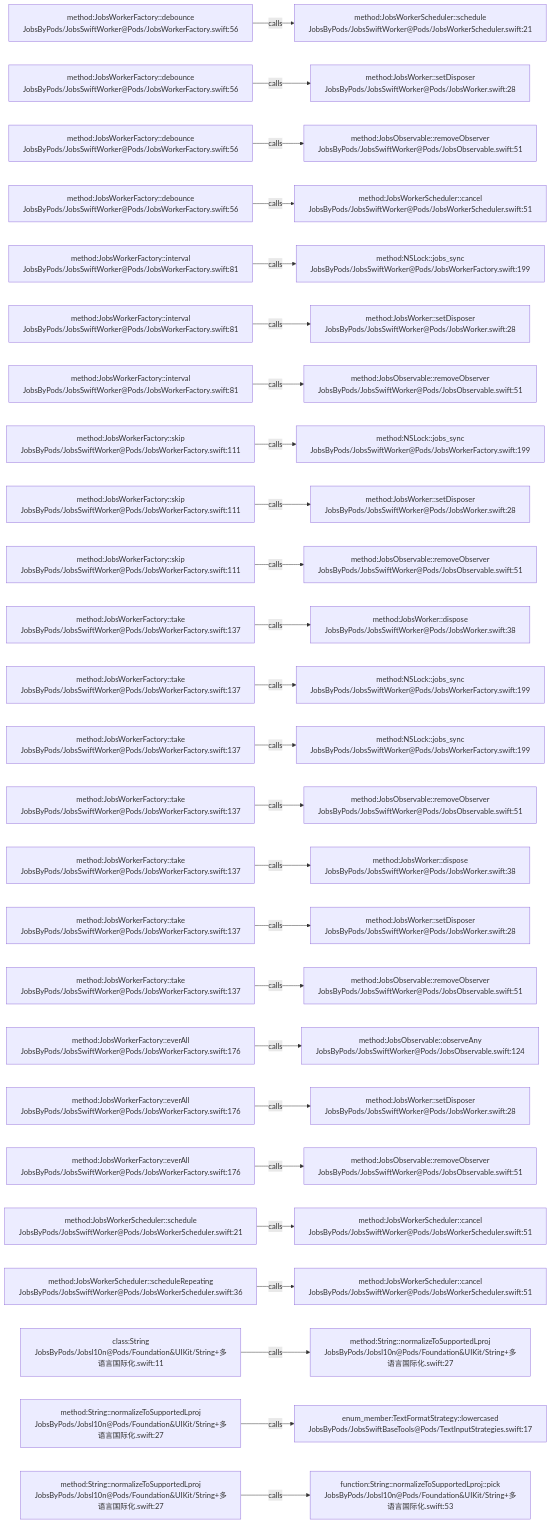
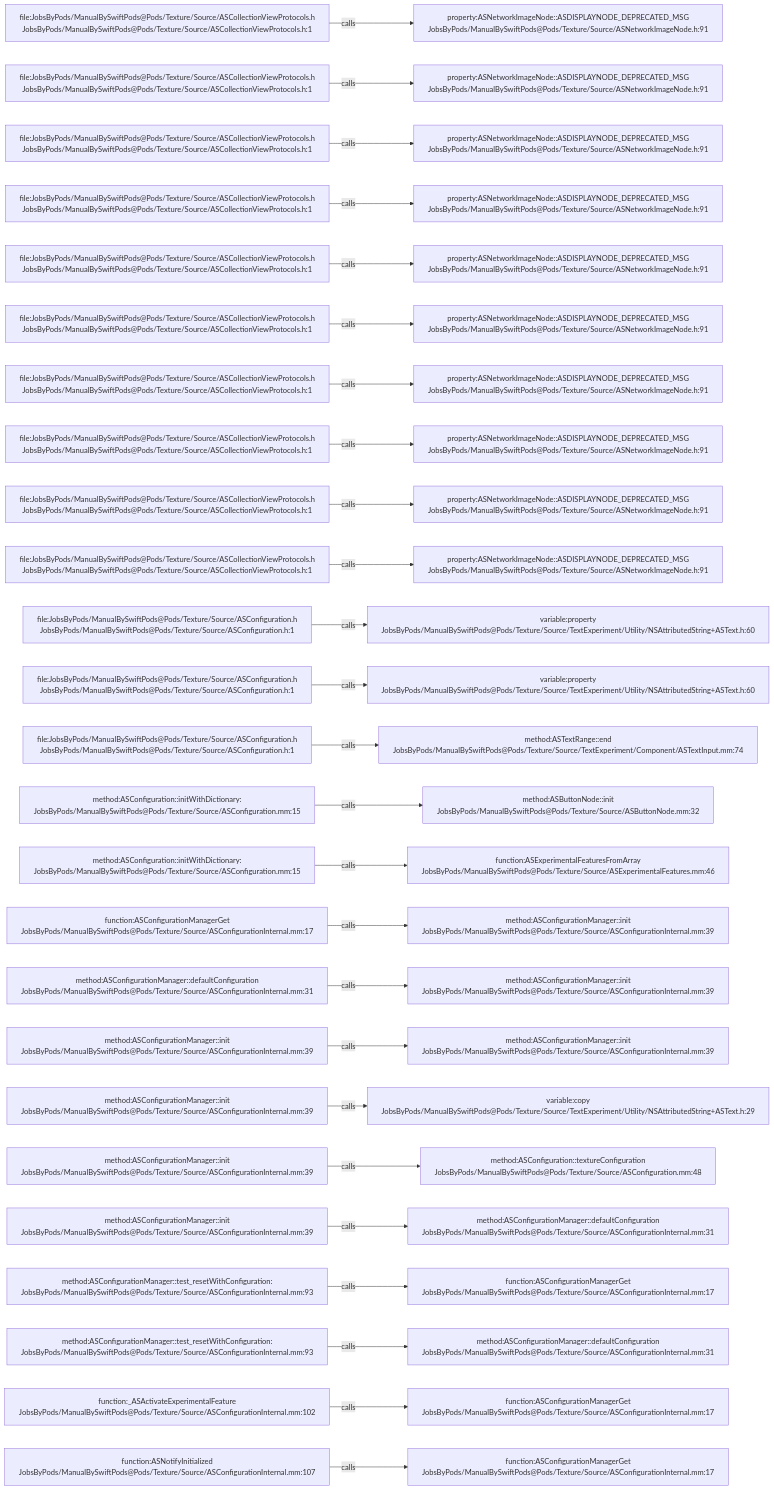
The diagram in .codegraph/codegraph.md/graphs/calls-016.md (JobsKits/JobsSwiftBaseConfigDemo), drawn with Mermaid before and after one commit. The commit also changed 832 other files, not shown here.

````diff
--- a/.codegraph/codegraph.md/graphs/calls-016.md
+++ b/.codegraph/codegraph.md/graphs/calls-016.md
@@ -13,78 +13,78 @@
 ```mermaid
 flowchart LR
-  S1["method:JobsWorkerFactory::debounce<br/>JobsByPods/JobsSwiftWorker@Pods/JobsWorkerFactory.swift:56"]
-  T1["method:JobsWorkerScheduler::schedule<br/>JobsByPods/JobsSwiftWorker@Pods/JobsWorkerScheduler.swift:21"]
+  S1["file:JobsByPods/ManualBySwiftPods@Pods/Texture/Source/ASCollectionViewProtocols.h<br/>JobsByPods/ManualBySwiftPods@Pods/Texture/Source/ASCollectionViewProtocols.h:1"]
+  T1["property:ASNetworkImageNode::ASDISPLAYNODE_DEPRECATED_MSG<br/>JobsByPods/ManualBySwiftPods@Pods/Texture/Source/ASNetworkImageNode.h:91"]
   S1 -->|calls| T1
-  S2["method:JobsWorkerFactory::debounce<br/>JobsByPods/JobsSwiftWorker@Pods/JobsWorkerFactory.swift:56"]
-  T2["method:JobsWorker::setDisposer<br/>JobsByPods/JobsSwiftWorker@Pods/JobsWorker.swift:28"]
+  S2["file:JobsByPods/ManualBySwiftPods@Pods/Texture/Source/ASCollectionViewProtocols.h<br/>JobsByPods/ManualBySwiftPods@Pods/Texture/Source/ASCollectionViewProtocols.h:1"]
+  T2["property:ASNetworkImageNode::ASDISPLAYNODE_DEPRECATED_MSG<br/>JobsByPods/ManualBySwiftPods@Pods/Texture/Source/ASNetworkImageNode.h:91"]
   S2 -->|calls| T2
-  S3["method:JobsWorkerFactory::debounce<br/>JobsByPods/JobsSwiftWorker@Pods/JobsWorkerFactory.swift:56"]
-  T3["method:JobsObservable::removeObserver<br/>JobsByPods/JobsSwiftWorker@Pods/JobsObservable.swift:51"]
+  S3["file:JobsByPods/ManualBySwiftPods@Pods/Texture/Source/ASCollectionViewProtocols.h<br/>JobsByPods/ManualBySwiftPods@Pods/Texture/Source/ASCollectionViewProtocols.h:1"]
+  T3["property:ASNetworkImageNode::ASDISPLAYNODE_DEPRECATED_MSG<br/>JobsByPods/ManualBySwiftPods@Pods/Texture/Source/ASNetworkImageNode.h:91"]
   S3 -->|calls| T3
-  S4["method:JobsWorkerFactory::debounce<br/>JobsByPods/JobsSwiftWorker@Pods/JobsWorkerFactory.swift:56"]
-  T4["method:JobsWorkerScheduler::cancel<br/>JobsByPods/JobsSwiftWorker@Pods/JobsWorkerScheduler.swift:51"]
+  S4["file:JobsByPods/ManualBySwiftPods@Pods/Texture/Source/ASCollectionViewProtocols.h<br/>JobsByPods/ManualBySwiftPods@Pods/Texture/Source/ASCollectionViewProtocols.h:1"]
+  T4["property:ASNetworkImageNode::ASDISPLAYNODE_DEPRECATED_MSG<br/>JobsByPods/ManualBySwiftPods@Pods/Texture/Source/ASNetworkImageNode.h:91"]
   S4 -->|calls| T4
-  S5["method:JobsWorkerFactory::interval<br/>JobsByPods/JobsSwiftWorker@Pods/JobsWorkerFactory.swift:81"]
-  T5["method:NSLock::jobs_sync<br/>JobsByPods/JobsSwiftWorker@Pods/JobsWorkerFactory.swift:199"]
+  S5["file:JobsByPods/ManualBySwiftPods@Pods/Texture/Source/ASCollectionViewProtocols.h<br/>JobsByPods/ManualBySwiftPods@Pods/Texture/Source/ASCollectionViewProtocols.h:1"]
+  T5["property:ASNetworkImageNode::ASDISPLAYNODE_DEPRECATED_MSG<br/>JobsByPods/ManualBySwiftPods@Pods/Texture/Source/ASNetworkImageNode.h:91"]
   S5 -->|calls| T5
-  S6["method:JobsWorkerFactory::interval<br/>JobsByPods/JobsSwiftWorker@Pods/JobsWorkerFactory.swift:81"]
-  T6["method:JobsWorker::setDisposer<br/>JobsByPods/JobsSwiftWorker@Pods/JobsWorker.swift:28"]
+  S6["file:JobsByPods/ManualBySwiftPods@Pods/Texture/Source/ASCollectionViewProtocols.h<br/>JobsByPods/ManualBySwiftPods@Pods/Texture/Source/ASCollectionViewProtocols.h:1"]
+  T6["property:ASNetworkImageNode::ASDISPLAYNODE_DEPRECATED_MSG<br/>JobsByPods/ManualBySwiftPods@Pods/Texture/Source/ASNetworkImageNode.h:91"]
   S6 -->|calls| T6
-  S7["method:JobsWorkerFactory::interval<br/>JobsByPods/JobsSwiftWorker@Pods/JobsWorkerFactory.swift:81"]
-  T7["method:JobsObservable::removeObserver<br/>JobsByPods/JobsSwiftWorker@Pods/JobsObservable.swift:51"]
+  S7["file:JobsByPods/ManualBySwiftPods@Pods/Texture/Source/ASCollectionViewProtocols.h<br/>JobsByPods/ManualBySwiftPods@Pods/Texture/Source/ASCollectionViewProtocols.h:1"]
+  T7["property:ASNetworkImageNode::ASDISPLAYNODE_DEPRECATED_MSG<br/>JobsByPods/ManualBySwiftPods@Pods/Texture/Source/ASNetworkImageNode.h:91"]
   S7 -->|calls| T7
-  S8["method:JobsWorkerFactory::skip<br/>JobsByPods/JobsSwiftWorker@Pods/JobsWorkerFactory.swift:111"]
-  T8["method:NSLock::jobs_sync<br/>JobsByPods/JobsSwiftWorker@Pods/JobsWorkerFactory.swift:199"]
+  S8["file:JobsByPods/ManualBySwiftPods@Pods/Texture/Source/ASCollectionViewProtocols.h<br/>JobsByPods/ManualBySwiftPods@Pods/Texture/Source/ASCollectionViewProtocols.h:1"]
+  T8["property:ASNetworkImageNode::ASDISPLAYNODE_DEPRECATED_MSG<br/>JobsByPods/ManualBySwiftPods@Pods/Texture/Source/ASNetworkImageNode.h:91"]
   S8 -->|calls| T8
-  S9["method:JobsWorkerFactory::skip<br/>JobsByPods/JobsSwiftWorker@Pods/JobsWorkerFactory.swift:111"]
-  T9["method:JobsWorker::setDisposer<br/>JobsByPods/JobsSwiftWorker@Pods/JobsWorker.swift:28"]
+  S9["file:JobsByPods/ManualBySwiftPods@Pods/Texture/Source/ASCollectionViewProtocols.h<br/>JobsByPods/ManualBySwiftPods@Pods/Texture/Source/ASCollectionViewProtocols.h:1"]
+  T9["property:ASNetworkImageNode::ASDISPLAYNODE_DEPRECATED_MSG<br/>JobsByPods/ManualBySwiftPods@Pods/Texture/Source/ASNetworkImageNode.h:91"]
   S9 -->|calls| T9
-  S10["method:JobsWorkerFactory::skip<br/>JobsByPods/JobsSwiftWorker@Pods/JobsWorkerFactory.swift:111"]
-  T10["method:JobsObservable::removeObserver<br/>JobsByPods/JobsSwiftWorker@Pods/JobsObservable.swift:51"]
+  S10["file:JobsByPods/ManualBySwiftPods@Pods/Texture/Source/ASCollectionViewProtocols.h<br/>JobsByPods/ManualBySwiftPods@Pods/Texture/Source/ASCollectionViewProtocols.h:1"]
+  T10["property:ASNetworkImageNode::ASDISPLAYNODE_DEPRECATED_MSG<br/>JobsByPods/ManualBySwiftPods@Pods/Texture/Source/ASNetworkImageNode.h:91"]
   S10 -->|calls| T10
-  S11["method:JobsWorkerFactory::take<br/>JobsByPods/JobsSwiftWorker@Pods/JobsWorkerFactory.swift:137"]
-  T11["method:JobsWorker::dispose<br/>JobsByPods/JobsSwiftWorker@Pods/JobsWorker.swift:38"]
+  S11["file:JobsByPods/ManualBySwiftPods@Pods/Texture/Source/ASConfiguration.h<br/>JobsByPods/ManualBySwiftPods@Pods/Texture/Source/ASConfiguration.h:1"]
+  T11["variable:property<br/>JobsByPods/ManualBySwiftPods@Pods/Texture/Source/TextExperiment/Utility/NSAttributedString+ASText.h:60"]
   S11 -->|calls| T11
-  S12["method:JobsWorkerFactory::take<br/>JobsByPods/JobsSwiftWorker@Pods/JobsWorkerFactory.swift:137"]
-  T12["method:NSLock::jobs_sync<br/>JobsByPods/JobsSwiftWorker@Pods/JobsWorkerFactory.swift:199"]
+  S12["file:JobsByPods/ManualBySwiftPods@Pods/Texture/Source/ASConfiguration.h<br/>JobsByPods/ManualBySwiftPods@Pods/Texture/Source/ASConfiguration.h:1"]
+  T12["variable:property<br/>JobsByPods/ManualBySwiftPods@Pods/Texture/Source/TextExperiment/Utility/NSAttributedString+ASText.h:60"]
   S12 -->|calls| T12
-  S13["method:JobsWorkerFactory::take<br/>JobsByPods/JobsSwiftWorker@Pods/JobsWorkerFactory.swift:137"]
-  T13["method:NSLock::jobs_sync<br/>JobsByPods/JobsSwiftWorker@Pods/JobsWorkerFactory.swift:199"]
+  S13["file:JobsByPods/ManualBySwiftPods@Pods/Texture/Source/ASConfiguration.h<br/>JobsByPods/ManualBySwiftPods@Pods/Texture/Source/ASConfiguration.h:1"]
+  T13["method:ASTextRange::end<br/>JobsByPods/ManualBySwiftPods@Pods/Texture/Source/TextExperiment/Component/ASTextInput.mm:74"]
   S13 -->|calls| T13
-  S14["method:JobsWorkerFactory::take<br/>JobsByPods/JobsSwiftWorker@Pods/JobsWorkerFactory.swift:137"]
-  T14["method:JobsObservable::removeObserver<br/>JobsByPods/JobsSwiftWorker@Pods/JobsObservable.swift:51"]
+  S14["method:ASConfiguration::initWithDictionary:<br/>JobsByPods/ManualBySwiftPods@Pods/Texture/Source/ASConfiguration.mm:15"]
+  T14["method:ASButtonNode::init<br/>JobsByPods/ManualBySwiftPods@Pods/Texture/Source/ASButtonNode.mm:32"]
   S14 -->|calls| T14
-  S15["method:JobsWorkerFactory::take<br/>JobsByPods/JobsSwiftWorker@Pods/JobsWorkerFactory.swift:137"]
-  T15["method:JobsWorker::dispose<br/>JobsByPods/JobsSwiftWorker@Pods/JobsWorker.swift:38"]
+  S15["method:ASConfiguration::initWithDictionary:<br/>JobsByPods/ManualBySwiftPods@Pods/Texture/Source/ASConfiguration.mm:15"]
+  T15["function:ASExperimentalFeaturesFromArray<br/>JobsByPods/ManualBySwiftPods@Pods/Texture/Source/ASExperimentalFeatures.mm:46"]
   S15 -->|calls| T15
-  S16["method:JobsWorkerFactory::take<br/>JobsByPods/JobsSwiftWorker@Pods/JobsWorkerFactory.swift:137"]
-  T16["method:JobsWorker::setDisposer<br/>JobsByPods/JobsSwiftWorker@Pods/JobsWorker.swift:28"]
+  S16["function:ASConfigurationManagerGet<br/>JobsByPods/ManualBySwiftPods@Pods/Texture/Source/ASConfigurationInternal.mm:17"]
+  T16["method:ASConfigurationManager::init<br/>JobsByPods/ManualBySwiftPods@Pods/Texture/Source/ASConfigurationInternal.mm:39"]
   S16 -->|calls| T16
-  S17["method:JobsWorkerFactory::take<br/>JobsByPods/JobsSwiftWorker@Pods/JobsWorkerFactory.swift:137"]
-  T17["method:JobsObservable::removeObserver<br/>JobsByPods/JobsSwiftWorker@Pods/JobsObservable.swift:51"]
+  S17["method:ASConfigurationManager::defaultConfiguration<br/>JobsByPods/ManualBySwiftPods@Pods/Texture/Source/ASConfigurationInternal.mm:31"]
+  T17["method:ASConfigurationManager::init<br/>JobsByPods/ManualBySwiftPods@Pods/Texture/Source/ASConfigurationInternal.mm:39"]
   S17 -->|calls| T17
-  S18["method:JobsWorkerFactory::everAll<br/>JobsByPods/JobsSwiftWorker@Pods/JobsWorkerFactory.swift:176"]
-  T18["method:JobsObservable::observeAny<br/>JobsByPods/JobsSwiftWorker@Pods/JobsObservable.swift:124"]
+  S18["method:ASConfigurationManager::init<br/>JobsByPods/ManualBySwiftPods@Pods/Texture/Source/ASConfigurationInternal.mm:39"]
+  T18["method:ASConfigurationManager::init<br/>JobsByPods/ManualBySwiftPods@Pods/Texture/Source/ASConfigurationInternal.mm:39"]
   S18 -->|calls| T18
-  S19["method:JobsWorkerFactory::everAll<br/>JobsByPods/JobsSwiftWorker@Pods/JobsWorkerFactory.swift:176"]
-  T19["method:JobsWorker::setDisposer<br/>JobsByPods/JobsSwiftWorker@Pods/JobsWorker.swift:28"]
+  S19["method:ASConfigurationManager::init<br/>JobsByPods/ManualBySwiftPods@Pods/Texture/Source/ASConfigurationInternal.mm:39"]
+  T19["variable:copy<br/>JobsByPods/ManualBySwiftPods@Pods/Texture/Source/TextExperiment/Utility/NSAttributedString+ASText.h:29"]
   S19 -->|calls| T19
-  S20["method:JobsWorkerFactory::everAll<br/>JobsByPods/JobsSwiftWorker@Pods/JobsWorkerFactory.swift:176"]
-  T20["method:JobsObservable::removeObserver<br/>JobsByPods/JobsSwiftWorker@Pods/JobsObservable.swift:51"]
+  S20["method:ASConfigurationManager::init<br/>JobsByPods/ManualBySwiftPods@Pods/Texture/Source/ASConfigurationInternal.mm:39"]
+  T20["method:ASConfiguration::textureConfiguration<br/>JobsByPods/ManualBySwiftPods@Pods/Texture/Source/ASConfiguration.mm:48"]
   S20 -->|calls| T20
-  S21["method:JobsWorkerScheduler::schedule<br/>JobsByPods/JobsSwiftWorker@Pods/JobsWorkerScheduler.swift:21"]
-  T21["method:JobsWorkerScheduler::cancel<br/>JobsByPods/JobsSwiftWorker@Pods/JobsWorkerScheduler.swift:51"]
+  S21["method:ASConfigurationManager::init<br/>JobsByPods/ManualBySwiftPods@Pods/Texture/Source/ASConfigurationInternal.mm:39"]
+  T21["method:ASConfigurationManager::defaultConfiguration<br/>JobsByPods/ManualBySwiftPods@Pods/Texture/Source/ASConfigurationInternal.mm:31"]
   S21 -->|calls| T21
-  S22["method:JobsWorkerScheduler::scheduleRepeating<br/>JobsByPods/JobsSwiftWorker@Pods/JobsWorkerScheduler.swift:36"]
-  T22["method:JobsWorkerScheduler::cancel<br/>JobsByPods/JobsSwiftWorker@Pods/JobsWorkerScheduler.swift:51"]
+  S22["method:ASConfigurationManager::test_resetWithConfiguration:<br/>JobsByPods/ManualBySwiftPods@Pods/Texture/Source/ASConfigurationInternal.mm:93"]
+  T22["function:ASConfigurationManagerGet<br/>JobsByPods/ManualBySwiftPods@Pods/Texture/Source/ASConfigurationInternal.mm:17"]
   S22 -->|calls| T22
-  S23["class:String<br/>JobsByPods/Jobsl10n@Pods/Foundation&UIKit/String+多语言国际化.swift:11"]
-  T23["method:String::normalizeToSupportedLproj<br/>JobsByPods/Jobsl10n@Pods/Foundation&UIKit/String+多语言国际化.swift:27"]
+  S23["method:ASConfigurationManager::test_resetWithConfiguration:<br/>JobsByPods/ManualBySwiftPods@Pods/Texture/Source/ASConfigurationInternal.mm:93"]
+  T23["method:ASConfigurationManager::defaultConfiguration<br/>JobsByPods/ManualBySwiftPods@Pods/Texture/Source/ASConfigurationInternal.mm:31"]
   S23 -->|calls| T23
-  S24["method:String::normalizeToSupportedLproj<br/>JobsByPods/Jobsl10n@Pods/Foundation&UIKit/String+多语言国际化.swift:27"]
-  T24["enum_member:TextFormatStrategy::lowercased<br/>JobsByPods/JobsSwiftBaseTools@Pods/TextInputStrategies.swift:17"]
+  S24["function:_ASActivateExperimentalFeature<br/>JobsByPods/ManualBySwiftPods@Pods/Texture/Source/ASConfigurationInternal.mm:102"]
+  T24["function:ASConfigurationManagerGet<br/>JobsByPods/ManualBySwiftPods@Pods/Texture/Source/ASConfigurationInternal.mm:17"]
   S24 -->|calls| T24
-  S25["method:String::normalizeToSupportedLproj<br/>JobsByPods/Jobsl10n@Pods/Foundation&UIKit/String+多语言国际化.swift:27"]
-  T25["function:String::normalizeToSupportedLproj::pick<br/>JobsByPods/Jobsl10n@Pods/Foundation&UIKit/String+多语言国际化.swift:53"]
+  S25["function:ASNotifyInitialized<br/>JobsByPods/ManualBySwiftPods@Pods/Texture/Source/ASConfigurationInternal.mm:107"]
+  T25["function:ASConfigurationManagerGet<br/>JobsByPods/ManualBySwiftPods@Pods/Texture/Source/ASConfigurationInternal.mm:17"]
   S25 -->|calls| T25
 ```
````
